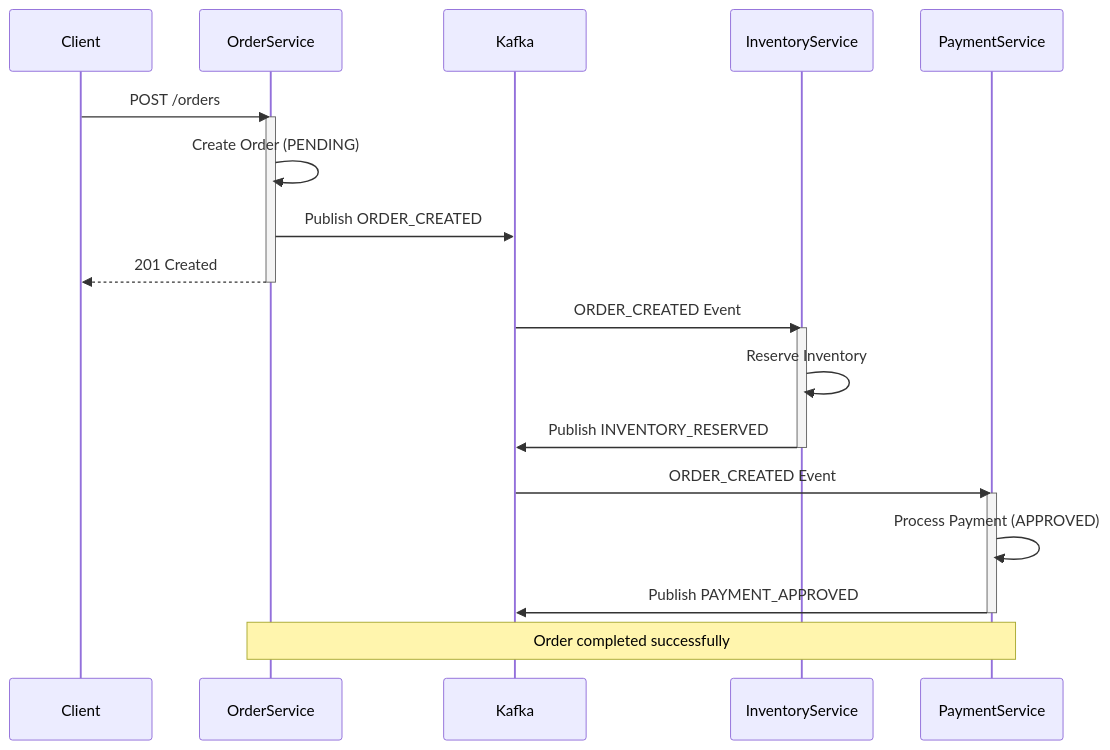
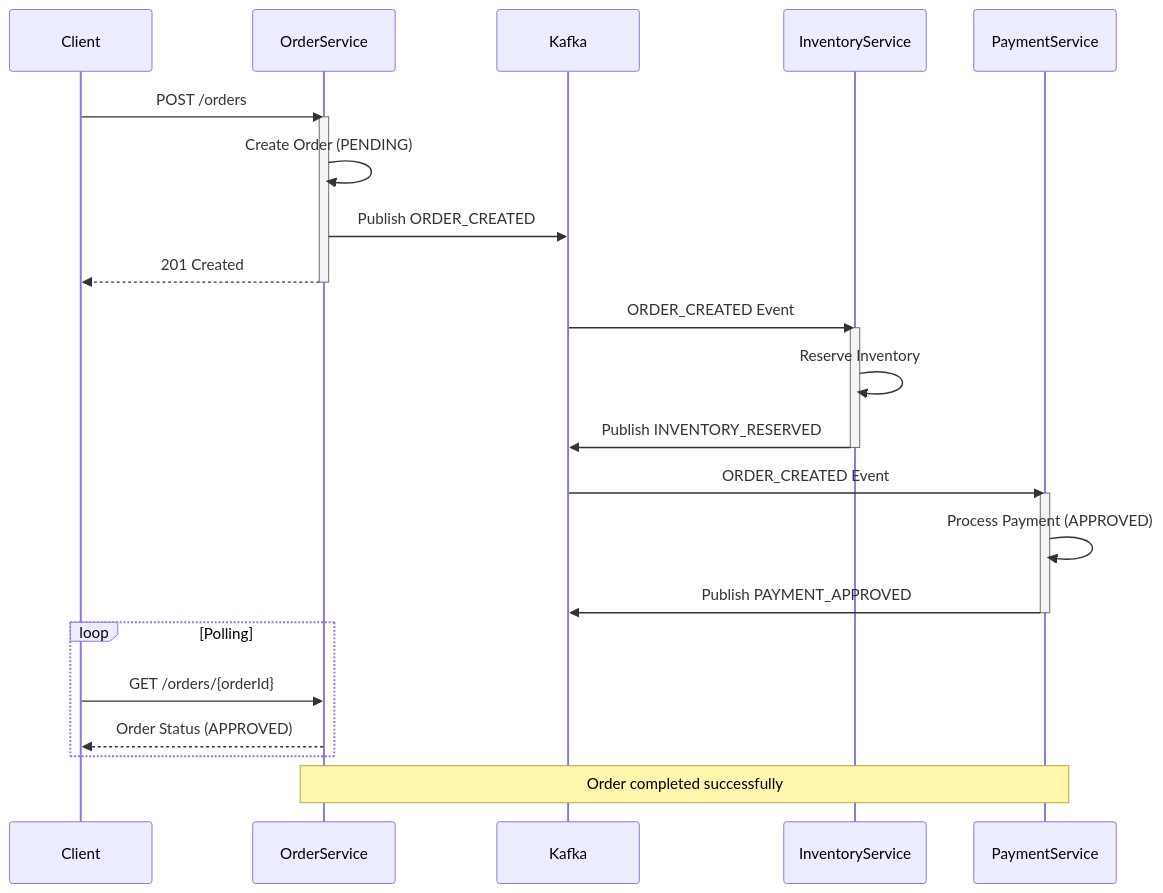
One commit to kimjunyoung90/saga-examples changed the second of 3 diagrams in choreography/README.md. Above: the diagram before and after it, drawn with Mermaid. The commit also changed other lines of this file, not shown here.

Commit message:
docs: 다이어그램 추가

````diff
--- a/choreography/README.md
+++ b/choreography/README.md
@@ -41,29 +41,34 @@
 ```mermaid
 sequenceDiagram
     participant Client
     participant OrderService
     participant Kafka
     participant InventoryService
     participant PaymentService
 
     Client->>OrderService: POST /orders
     activate OrderService
     OrderService->>OrderService: Create Order (PENDING)
     OrderService->>Kafka: Publish ORDER_CREATED
     OrderService-->>Client: 201 Created
     deactivate OrderService
 
     Kafka->>InventoryService: ORDER_CREATED Event
     activate InventoryService
     InventoryService->>InventoryService: Reserve Inventory
     InventoryService->>Kafka: Publish INVENTORY_RESERVED
     deactivate InventoryService
 
     Kafka->>PaymentService: ORDER_CREATED Event
     activate PaymentService
     PaymentService->>PaymentService: Process Payment (APPROVED)
     PaymentService->>Kafka: Publish PAYMENT_APPROVED
     deactivate PaymentService
 
+    loop Polling
+        Client->>OrderService: GET /orders/{orderId}
+        OrderService-->>Client: Order Status (APPROVED)
+    end
+
     Note over OrderService,PaymentService: Order completed successfully
 ```
````
